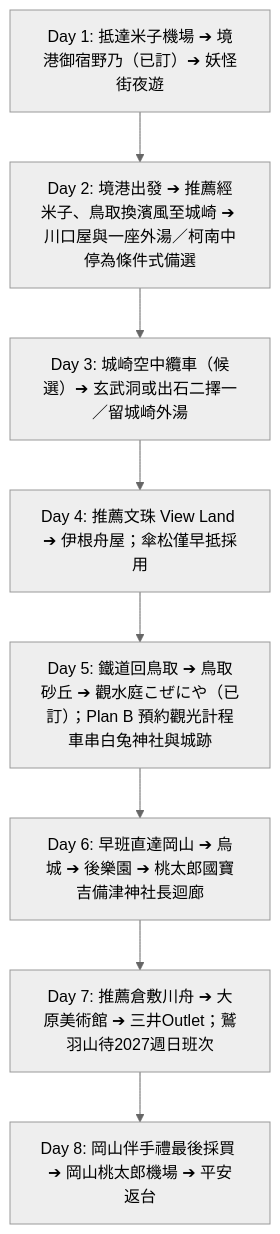
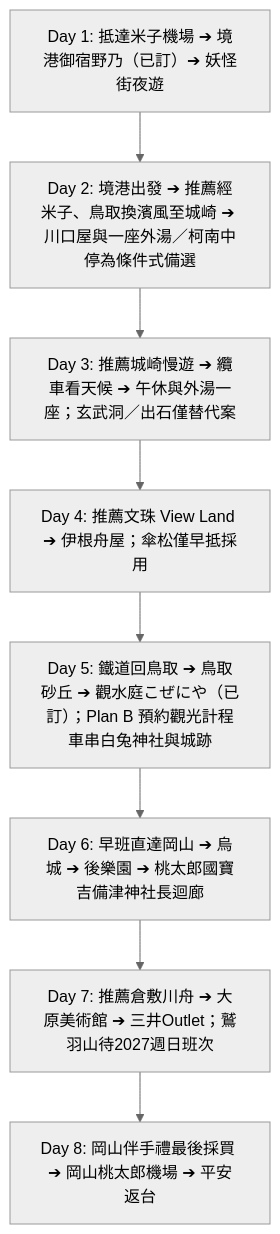
One commit to iamkeith001/sanin-trip-2027 changed the diagram in README.md. Above: the diagram before and after it, drawn with Mermaid (neutral theme). The commit also changed 5 other files, not shown here.

````diff
--- a/README.md
+++ b/README.md
@@ -38,10 +38,10 @@
 ```mermaid
 graph TD
     Day1[Day 1: 抵達米子機場 ➔ 境港御宿野乃（已訂）➔ 妖怪街夜遊] --> Day2[Day 2: 境港出發 ➔ 推薦經米子、鳥取換濱風至城崎 ➔ 川口屋與一座外湯／柯南中停為條件式備選]
-    Day2 --> Day3[Day 3: 城崎空中纜車（候選）➔ 玄武洞或出石二擇一／留城崎外湯]
+    Day2 --> Day3[Day 3: 推薦城崎慢遊 ➔ 纜車看天候 ➔ 午休與外湯一座；玄武洞／出石僅替代案]
     Day3 --> Day4[Day 4: 推薦文珠 View Land ➔ 伊根舟屋；傘松僅早抵採用]
     Day4 --> Day5[Day 5: 鐵道回鳥取 ➔ 鳥取砂丘 ➔ 觀水庭こぜにや（已訂）；Plan B 預約觀光計程車串白兔神社與城跡]
     Day5 --> Day6[Day 6: 早班直達岡山 ➔ 烏城 ➔ 後樂園 ➔ 桃太郎國寶吉備津神社長迴廊]
     Day6 --> Day7[Day 7: 推薦倉敷川舟 ➔ 大原美術館 ➔ 三井Outlet；鷲羽山待2027週日班次]
     Day7 --> Day8[Day 8: 岡山伴手禮最後採買 ➔ 岡山桃太郎機場 ➔ 平安返台]
 ```
````
